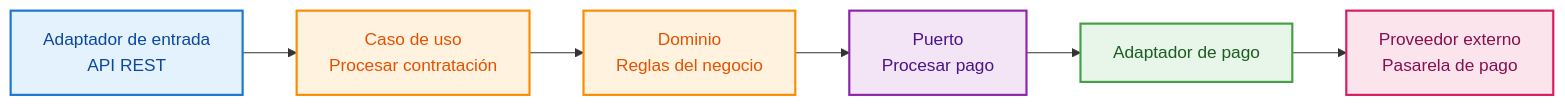
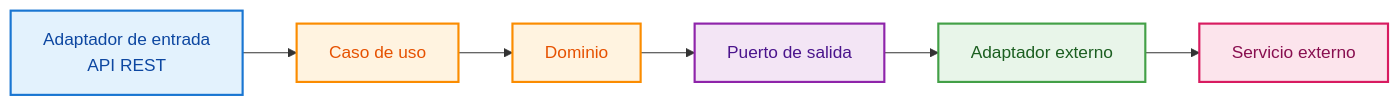
Before and after one commit to Roki-7/PlataformaServicios-Arquitectura-Anderson-Ochoa: the third of 7 diagrams in arquitectura/arquitectura-inicial.md, drawn with Mermaid. The commit also changed other lines of this file, not shown here.

Commit message:
docs: reorganizar arquitectura con diagramas profesionales

````diff
--- a/arquitectura/arquitectura-inicial.md
+++ b/arquitectura/arquitectura-inicial.md
@@ -358,34 +229,28 @@
 ```mermaid
 flowchart LR
 
-    ENTRADA["Adaptador de entrada<br/>API REST"]
+    E["Adaptador de entrada<br/>API REST"]
+    CU["Caso de uso"]
+    D["Dominio"]
+    P["Puerto de salida"]
+    AD["Adaptador externo"]
+    SX["Servicio externo"]
 
-    CASO["Caso de uso<br/>Procesar contratación"]
+    E --> CU
+    CU --> D
+    D --> P
+    P --> AD
+    AD --> SX
 
-    DOMINIO["Dominio<br/>Reglas del negocio"]
-
-    PUERTO["Puerto<br/>Procesar pago"]
-
-    ADAPTADOR["Adaptador de pago"]
-
-    PROVEEDOR["Proveedor externo<br/>Pasarela de pago"]
-
-    ENTRADA --> CASO
-    CASO --> DOMINIO
-    DOMINIO --> PUERTO
-    PUERTO --> ADAPTADOR
-    ADAPTADOR --> PROVEEDOR
-
-
-    classDef entrada fill:#E3F2FD,stroke:#1976D2,color:#0D47A1,stroke-width:2px;
+    classDef in fill:#E3F2FD,stroke:#1976D2,color:#0D47A1,stroke-width:2px;
     classDef core fill:#FFF3E0,stroke:#FB8C00,color:#E65100,stroke-width:2px;
     classDef port fill:#F3E5F5,stroke:#8E24AA,color:#4A148C,stroke-width:2px;
     classDef adapter fill:#E8F5E9,stroke:#43A047,color:#1B5E20,stroke-width:2px;
-    classDef external fill:#FCE4EC,stroke:#D81B60,color:#880E4F,stroke-width:2px;
+    classDef ext fill:#FCE4EC,stroke:#D81B60,color:#880E4F,stroke-width:2px;
 
-    class ENTRADA entrada;
-    class CASO,DOMINIO core;
-    class PUERTO port;
-    class ADAPTADOR adapter;
-    class PROVEEDOR external;
+    class E in;
+    class CU,D core;
+    class P port;
+    class AD adapter;
+    class SX ext;
 ```
````
